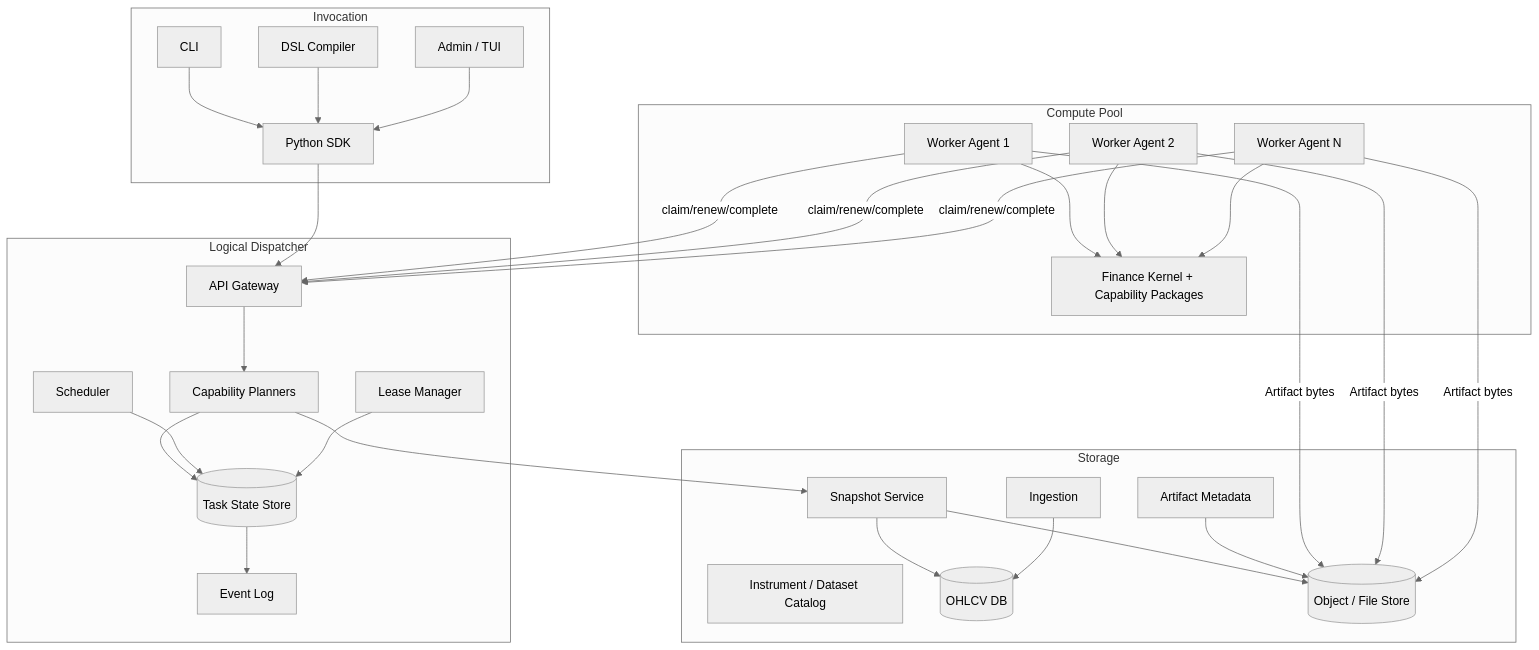
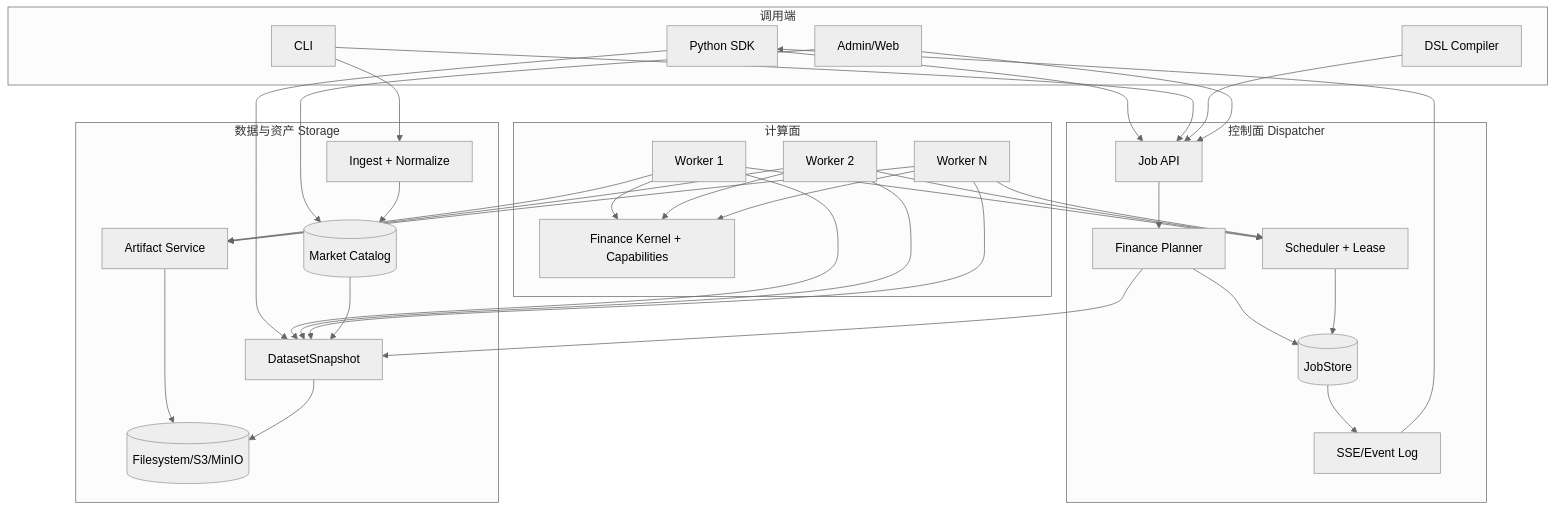
The second of 10 diagrams in V31design/designV31/DESIGN_ARCH_V31.md (RESBI/StockStatistic), drawn with Mermaid (neutral theme) before and after one commit. The commit also changed other lines of this file and 18 other files, not shown here.

Commit message:
V3.1 docs: finalize architecture and delivery plan

````diff
--- a/V31design/designV31/DESIGN_ARCH_V31.md
+++ b/V31design/designV31/DESIGN_ARCH_V31.md
@@ -103,61 +141,65 @@
 ```mermaid
-graph TB
-    subgraph Invocation[Invocation]
+flowchart TB
+    subgraph User[调用端]
         PY[Python SDK]
         CLI[CLI]
         DSL[DSL Compiler]
-        ADM[Admin / TUI]
+        WEB[Admin/Web]
     end
 
-    subgraph Dispatcher[Logical Dispatcher]
-        GW[API Gateway]
-        PL[Capability Planners]
-        SCH[Scheduler]
-        LM[Lease Manager]
-        EV[Event Log]
-        TS[(Task State Store)]
+    subgraph Control[控制面 Dispatcher]
+        API[Job API]
+        PLAN[Finance Planner]
+        SCHED[Scheduler + Lease]
+        JS[(JobStore)]
+        EVT[SSE/Event Log]
     end
 
-    subgraph Storage[Storage]
-        CAT[Instrument / Dataset Catalog]
-        MDB[(OHLCV DB)]
-        SNAP[Snapshot Service]
-        ART[Artifact Metadata]
-        OBJ[(Object / File Store)]
-        ING[Ingestion]
+    subgraph Data[数据与资产 Storage]
+        ING[Ingest + Normalize]
+        CAT[(Market Catalog)]
+        SNAP[DatasetSnapshot]
+        ART[Artifact Service]
+        BLOB[(Filesystem/S3/MinIO)]
     end
 
-    subgraph Compute[Compute Pool]
-        W1[Worker Agent 1]
-        W2[Worker Agent 2]
-        WN[Worker Agent N]
-        K[Finance Kernel + Capability Packages]
+    subgraph Compute[计算面]
+        W1[Worker 1]
+        W2[Worker 2]
+        WN[Worker N]
+        K[Finance Kernel + Capabilities]
     end
 
-    PY --> GW
-    CLI --> PY
-    DSL --> PY
-    ADM --> PY
+    PY --> API
+    CLI --> API
+    DSL --> API
+    WEB --> API
+    PY --> SNAP
+    CLI --> ING
+    WEB --> CAT
 
-    GW --> PL
-    PL --> SNAP
-    PL --> TS
-    SCH --> TS
-    LM --> TS
-    TS --> EV
+    API --> PLAN
+    PLAN --> JS
+    SCHED --> JS
+    EVT --> PY
+    JS --> EVT
+    PLAN --> SNAP
 
-    SNAP --> MDB
-    SNAP --> OBJ
-    ING --> MDB
-    ART --> OBJ
+    W1 --> SCHED
+    W2 --> SCHED
+    WN --> SCHED
+    W1 --> SNAP
+    W2 --> SNAP
+    WN --> SNAP
+    W1 --> ART
+    W2 --> ART
+    WN --> ART
+    ART --> BLOB
+    SNAP --> BLOB
+    ING --> CAT
+    CAT --> SNAP
 
-    W1 -->|claim/renew/complete| GW
-    W2 -->|claim/renew/complete| GW
-    WN -->|claim/renew/complete| GW
-    W1 -->|Artifact bytes| OBJ
-    W2 -->|Artifact bytes| OBJ
-    WN -->|Artifact bytes| OBJ
     W1 --> K
     W2 --> K
     WN --> K
 ```
````
